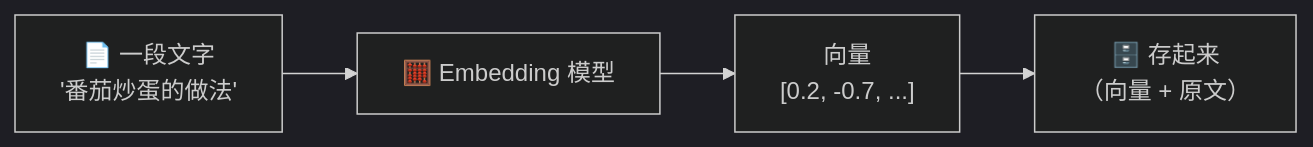
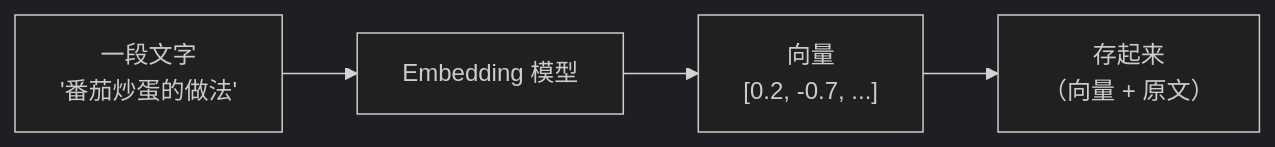
The third of 8 diagrams in docs/02_CONCEPTS_概念入门/CONCEPT/[CONCEPT-09] 什么是Embedding-向量.md (luckykhy/KhyAiHub), drawn with Mermaid (dark theme) before and after one commit. The commit also changed other lines of this file and 19 other files, not shown here.

````diff
--- a/docs/02_CONCEPTS_概念入门/CONCEPT/[CONCEPT-09] 什么是Embedding-向量.md
+++ b/docs/02_CONCEPTS_概念入门/CONCEPT/[CONCEPT-09] 什么是Embedding-向量.md
@@ -127,6 +127,6 @@
 ```mermaid
 flowchart LR
-  A["📄 一段文字<br/>'番茄炒蛋的做法'"] --> B["🧮 Embedding 模型"]
+  A["一段文字<br/>'番茄炒蛋的做法'"] --> B["Embedding 模型"]
   B --> C["向量<br/>[0.2, -0.7, ...]"]
-  C --> D["🗄️ 存起来<br/>（向量 + 原文）"]
+  C --> D["存起来<br/>（向量 + 原文）"]
 ```
````
